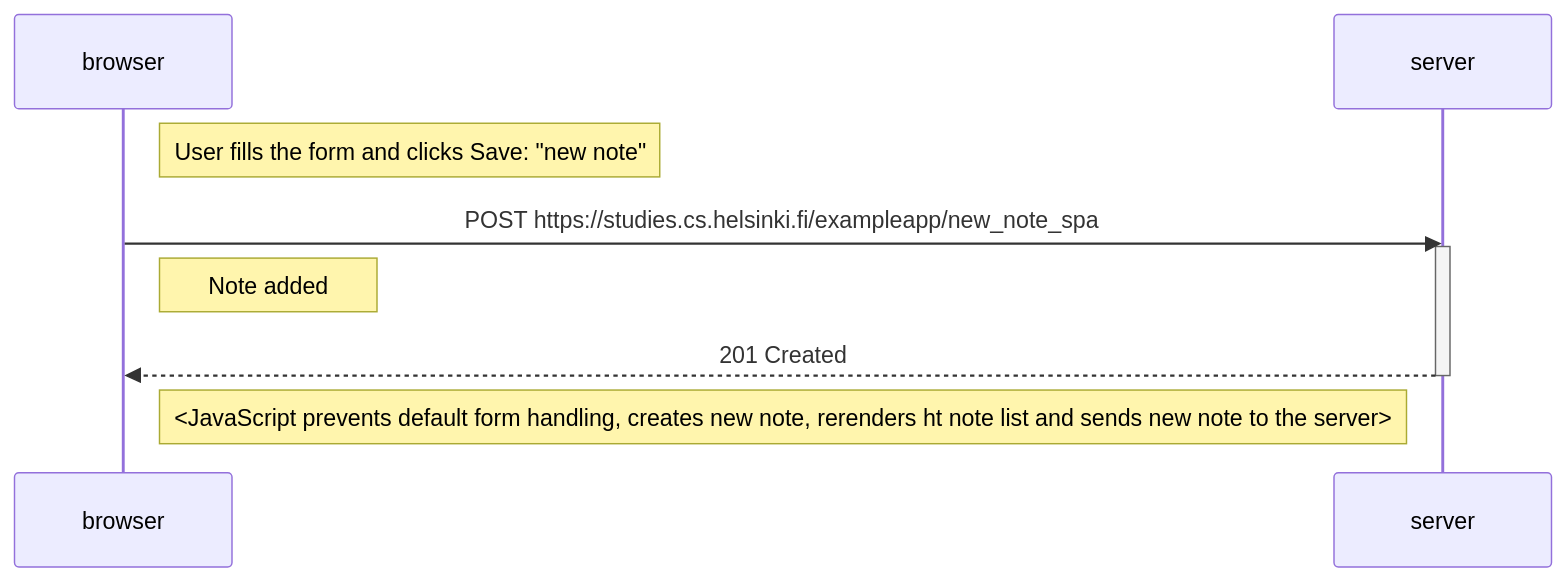
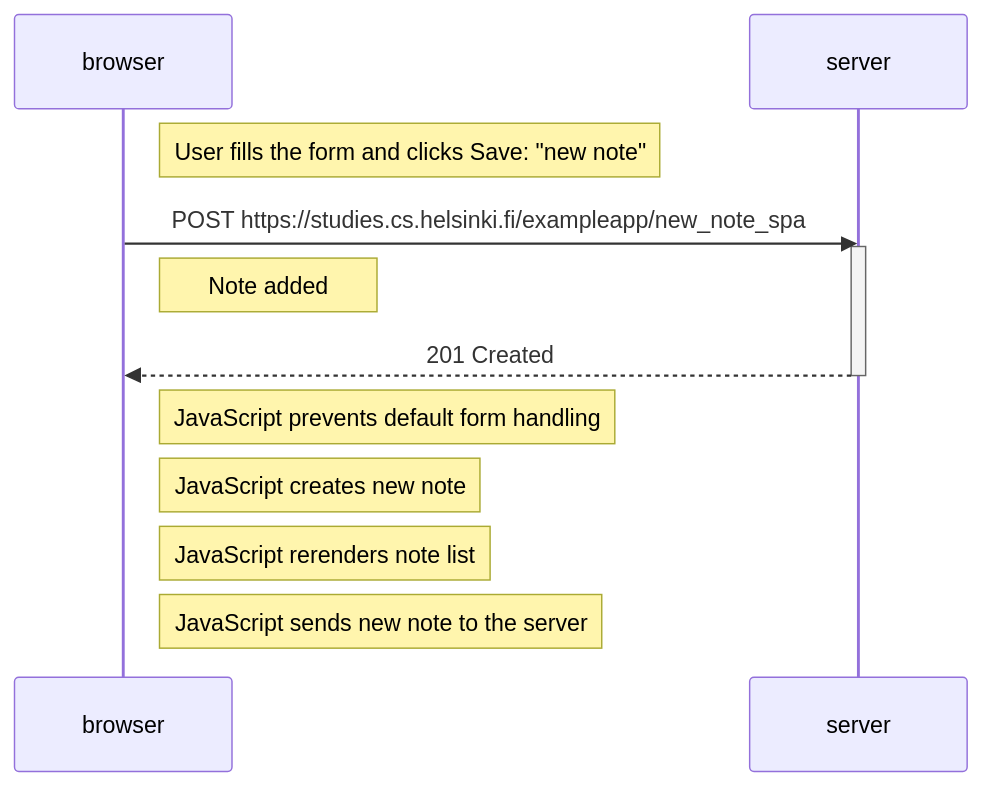
Before and after one commit to AnssiIlari/Full-Stack-Open: the diagram in Part 0/0.5.md, drawn with Mermaid.

````diff
--- a/Part 0/0.5.md
+++ b/Part 0/0.5.md
@@ -3,17 +3,17 @@
 ```mermaid
 sequenceDiagram
     participant browser
     participant server
 
     Note right of browser: User fills the form and clicks Save: "new note"
     browser->>server: POST https://studies.cs.helsinki.fi/exampleapp/new_note_spa
     activate server
     Note right of browser: Note added
     server-->>browser: 201 Created
     deactivate server
 
-
-
-    Note right of browser: <JavaScript prevents default form handling, creates new note, rerenders ht note list and sends new note to the server>
-
+    Note right of browser: JavaScript prevents default form handling
+    Note right of browser: JavaScript creates new note
+    Note right of browser: JavaScript rerenders note list
+    Note right of browser: JavaScript sends new note to the server
 ```
````
